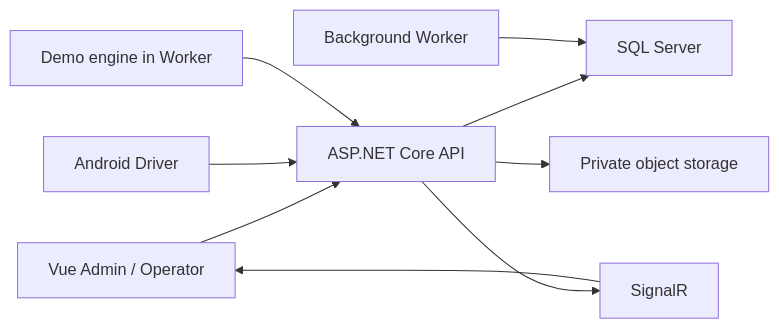
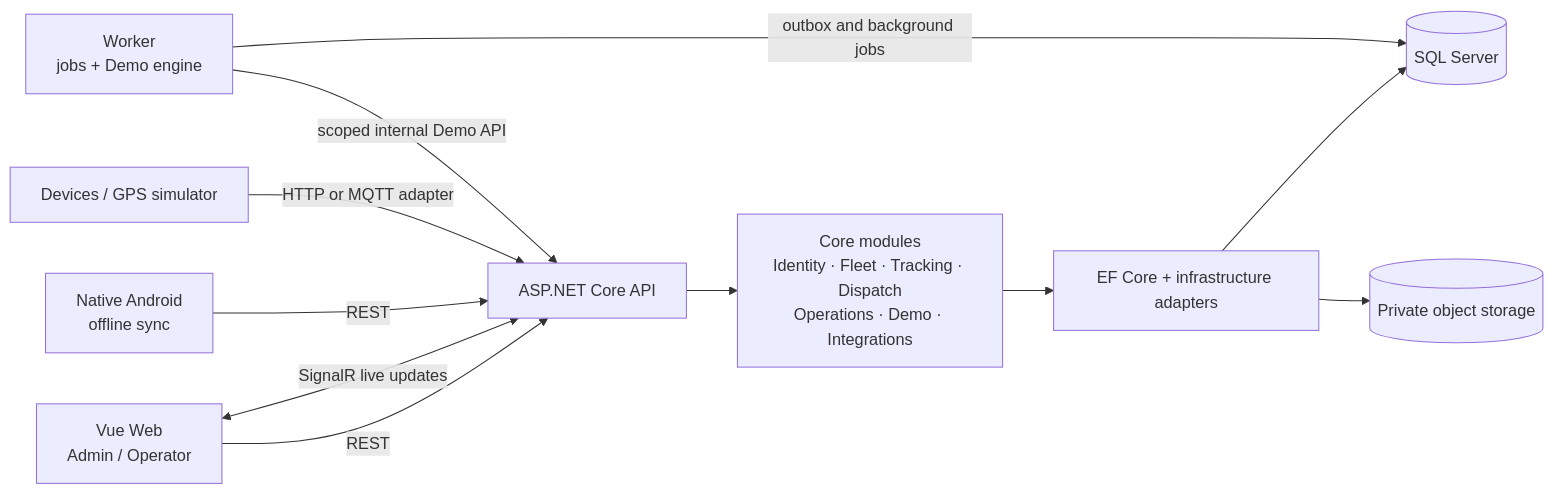
One commit to VirgileDjimgou/Orkystra changed the second of 2 diagrams in README.md. Above: the diagram before and after it, drawn with Mermaid. The commit also changed other lines of this file and 5 other files, not shown here.

Commit message:
docs: clarify FleetOps architecture and demo status

````diff
--- a/README.md
+++ b/README.md
@@ -43,11 +62,13 @@
 ```mermaid
 flowchart LR
-  Web[Vue Admin / Operator] --> API[ASP.NET Core API]
-  Android[Android Driver] --> API
-  Demo[Demo engine in Worker] --> API
-  API --> SQL[SQL Server]
-  API --> Realtime[SignalR]
-  API --> Media[Private object storage]
-  Worker[Background Worker] --> SQL
-  Realtime --> Web
+  Web[Vue Web<br/>Admin / Operator] -->|REST| API[ASP.NET Core API]
+  Web <-->|SignalR live updates| API
+  Android[Native Android<br/>offline sync] -->|REST| API
+  GPS[Devices / GPS simulator] -->|HTTP or MQTT adapter| API
+  Worker[Worker<br/>jobs + Demo engine] -->|scoped internal Demo API| API
+  API --> Core[Core modules<br/>Identity · Fleet · Tracking · Dispatch<br/>Operations · Demo · Integrations]
+  Core --> Infra[EF Core + infrastructure adapters]
+  Infra --> SQL[(SQL Server)]
+  Infra --> Media[(Private object storage)]
+  Worker -->|outbox and background jobs| SQL
 ```
````
